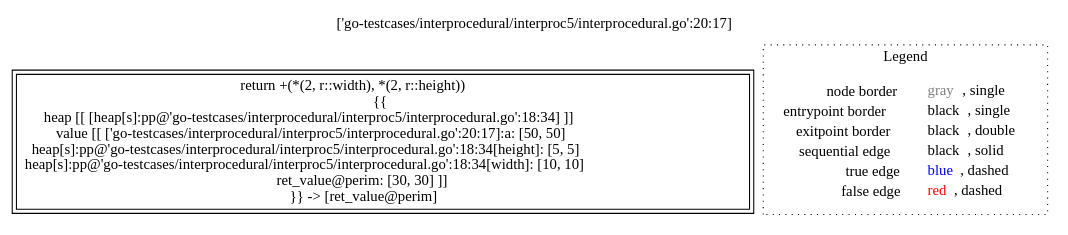
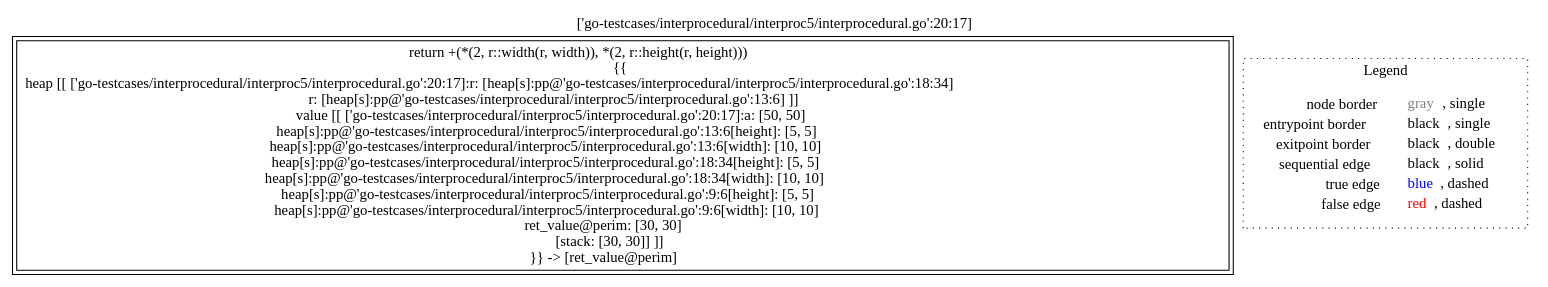
Before and after one commit to lisa-analyzer/go-lisa: the diagram in go-lisa/go-testcases/interprocedural/interproc5/analysis___-1111318070_int_rect.perim(rect_r).dot, drawn with Graphviz. The commit also changed 31 other files, not shown here.

```diff
--- a/go-lisa/go-testcases/interprocedural/interproc5/analysis___-1111318070_int_rect.perim(rect_r).dot
+++ b/go-lisa/go-testcases/interprocedural/interproc5/analysis___-1111318070_int_rect.perim(rect_r).dot
@@ -1,12 +1,12 @@
 digraph {
 	labelloc="t";
 	label="['go-testcases/interprocedural/interproc5/interprocedural.go':20:17]";
-	"node0" [shape="rect",color="black",peripheries="2",label=<return +(*(2, r::width), *(2, r::height))<BR/>{{<BR/>heap [[ [heap[s]:pp@'go-testcases/interprocedural/interproc5/interprocedural.go':18:34] ]]<BR/>value [[ ['go-testcases/interprocedural/interproc5/interprocedural.go':20:17]:a: [50, 50]<BR/>heap[s]:pp@'go-testcases/interprocedural/interproc5/interprocedural.go':18:34[height]: [5, 5]<BR/>heap[s]:pp@'go-testcases/interprocedural/interproc5/interprocedural.go':18:34[width]: [10, 10]<BR/>ret_value@perim: [30, 30] ]]<BR/>}} -&gt; [ret_value@perim]>];
+	"node0" [shape="rect",color="black",peripheries="2",label=<return +(*(2, r::width(r, width)), *(2, r::height(r, height)))<BR/>{{<BR/>heap [[ ['go-testcases/interprocedural/interproc5/interprocedural.go':20:17]:r: [heap[s]:pp@'go-testcases/interprocedural/interproc5/interprocedural.go':18:34]<BR/>r: [heap[s]:pp@'go-testcases/interprocedural/interproc5/interprocedural.go':13:6] ]]<BR/>value [[ ['go-testcases/interprocedural/interproc5/interprocedural.go':20:17]:a: [50, 50]<BR/>heap[s]:pp@'go-testcases/interprocedural/interproc5/interprocedural.go':13:6[height]: [5, 5]<BR/>heap[s]:pp@'go-testcases/interprocedural/interproc5/interprocedural.go':13:6[width]: [10, 10]<BR/>heap[s]:pp@'go-testcases/interprocedural/interproc5/interprocedural.go':18:34[height]: [5, 5]<BR/>heap[s]:pp@'go-testcases/interprocedural/interproc5/interprocedural.go':18:34[width]: [10, 10]<BR/>heap[s]:pp@'go-testcases/interprocedural/interproc5/interprocedural.go':9:6[height]: [5, 5]<BR/>heap[s]:pp@'go-testcases/interprocedural/interproc5/interprocedural.go':9:6[width]: [10, 10]<BR/>ret_value@perim: [30, 30]<BR/>[stack: [30, 30]] ]]<BR/>}} -&gt; [ret_value@perim]>];
 subgraph cluster_legend {
 	label="Legend";
 	style=dotted;
 	node [shape=plaintext];
 	"legend" [label=<<table border="0" cellpadding="2" cellspacing="0" cellborder="0"><tr><td align="right">node border&nbsp;</td><td align="left"><font color="gray">gray</font>, single</td></tr><tr><td align="right">entrypoint border&nbsp;</td><td align="left"><font color="black">black</font>, single</td></tr><tr><td align="right">exitpoint border&nbsp;</td><td align="left"><font color="black">black</font>, double</td></tr><tr><td align="right">sequential edge&nbsp;</td><td align="left"><font color="black">black</font>, solid</td></tr><tr><td align="right">true edge&nbsp;</td><td align="left"><font color="blue">blue</font>, dashed</td></tr><tr><td align="right">false edge&nbsp;</td><td align="left"><font color="red">red</font>, dashed</td></tr></table>>];
 }
 
 }
```
